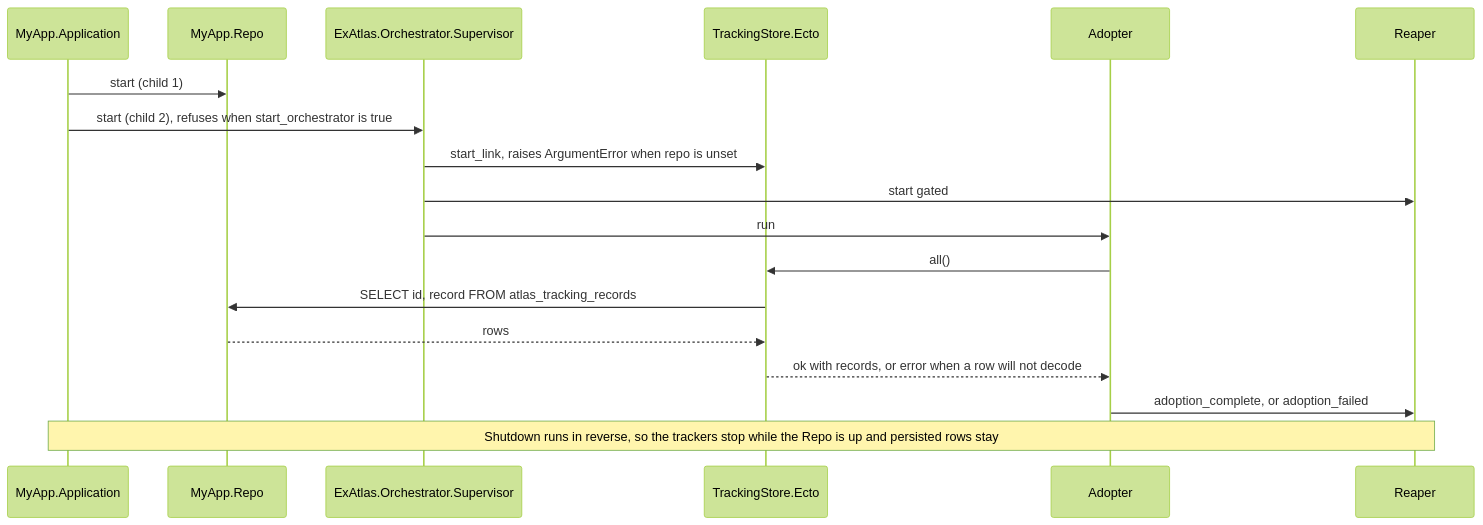
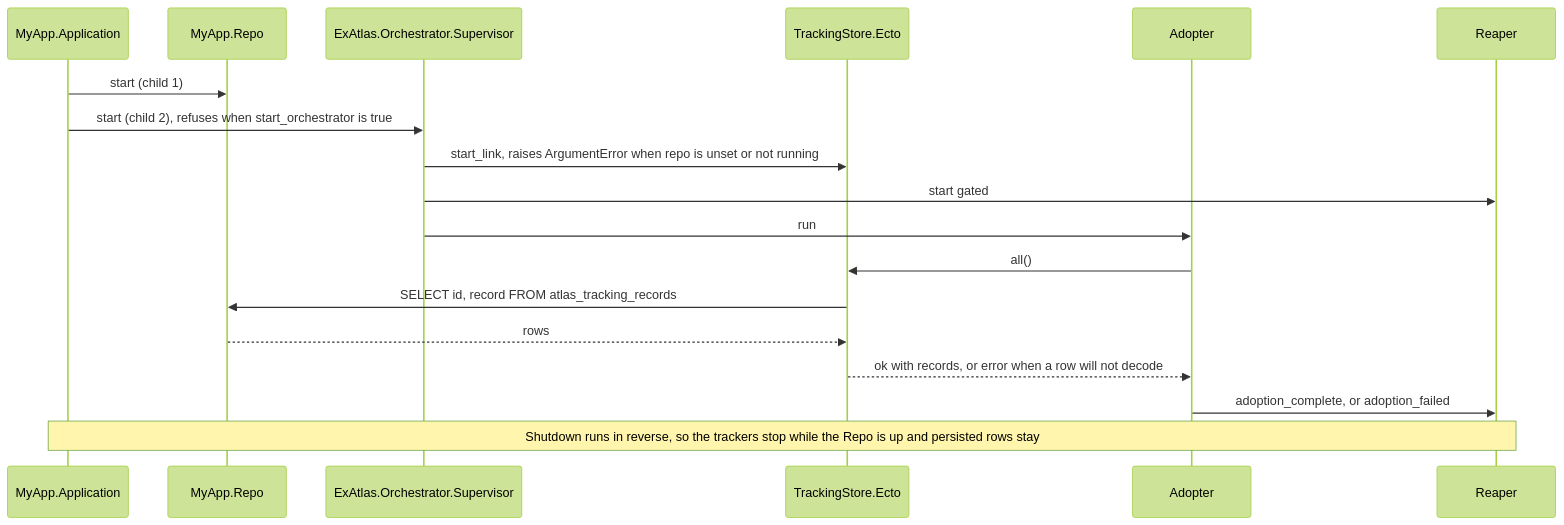
The first of 12 diagrams in docs/architecture.md (udin-io/ex_atlas), drawn with Mermaid (forest theme) before and after one commit. The commit also changed 5 other files, not shown here.

````diff
--- a/docs/architecture.md
+++ b/docs/architecture.md
@@ -71,20 +71,20 @@
 ```mermaid
 sequenceDiagram
   participant Host as MyApp.Application
   participant Repo as MyApp.Repo
   participant Sup as ExAtlas.Orchestrator.Supervisor
   participant Store as TrackingStore.Ecto
   participant Adopter as Adopter
   participant Reaper as Reaper
   Host->>Repo: start (child 1)
   Host->>Sup: start (child 2), refuses when start_orchestrator is true
-  Sup->>Store: start_link, raises ArgumentError when repo is unset
+  Sup->>Store: start_link, raises ArgumentError when repo is unset or not running
   Sup->>Reaper: start gated
   Sup->>Adopter: run
   Adopter->>Store: all()
   Store->>Repo: SELECT id, record FROM atlas_tracking_records
   Repo-->>Store: rows
   Store-->>Adopter: ok with records, or error when a row will not decode
   Adopter->>Reaper: adoption_complete, or adoption_failed
   Note over Host,Reaper: Shutdown runs in reverse, so the trackers stop while the Repo is up and persisted rows stay
 ```
````
